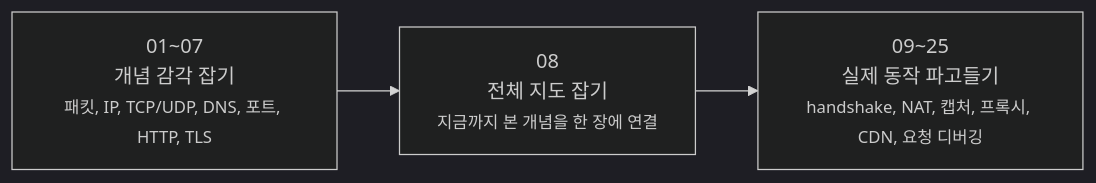
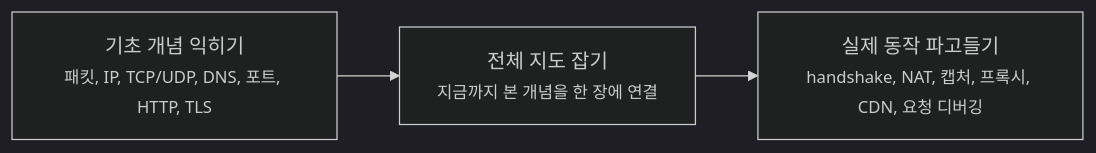
One commit to kmj8843/blog changed the diagram in docs/Network/basic/index.md. Above: the diagram before and after it, drawn with Mermaid (dark theme). The commit also changed other lines of this file and 3 other files, not shown here.

````diff
--- a/docs/Network/basic/index.md
+++ b/docs/Network/basic/index.md
@@ -54,8 +54,8 @@
 ```mermaid
 flowchart LR
-    A[01~07<br/>개념 감각 잡기<br/><small>패킷, IP, TCP/UDP, DNS, 포트, HTTP, TLS</small>]
-    B[08<br/>전체 지도 잡기<br/><small>지금까지 본 개념을 한 장에 연결</small>]
-    C[09~25<br/>실제 동작 파고들기<br/><small>handshake, NAT, 캡처, 프록시, CDN, 요청 디버깅</small>]
+    A[기초 개념 익히기<br/><small>패킷, IP, TCP/UDP, DNS, 포트, HTTP, TLS</small>]
+    B[전체 지도 잡기<br/><small>지금까지 본 개념을 한 장에 연결</small>]
+    C[실제 동작 파고들기<br/><small>handshake, NAT, 캡처, 프록시, CDN, 요청 디버깅</small>]
 
     A --> B --> C
 ```
````
